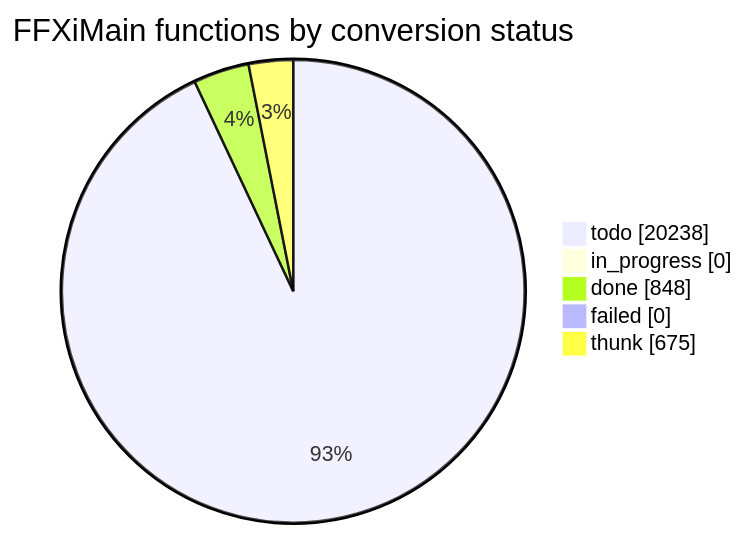
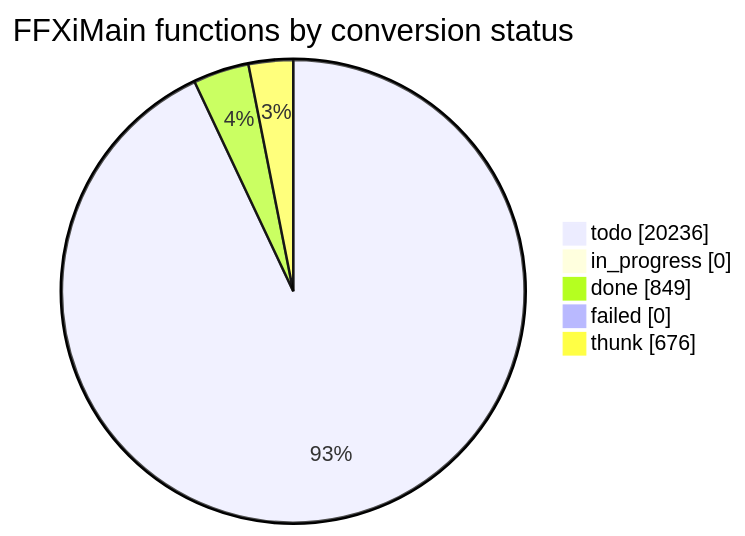
The diagram in docs/cow/STATUS.md (cowrevenge/cow_kuluu_xi_anything), drawn with Mermaid before and after one commit. The commit also changed other lines of this file and 9 other files, not shown here.

````diff
--- a/docs/cow/STATUS.md
+++ b/docs/cow/STATUS.md
@@ -18,9 +18,9 @@
 ```mermaid
 pie showData
     title FFXiMain functions by conversion status
-    "todo" : 20238
+    "todo" : 20236
     "in_progress" : 0
-    "done" : 848
+    "done" : 849
     "failed" : 0
-    "thunk" : 675
+    "thunk" : 676
 ```
````
